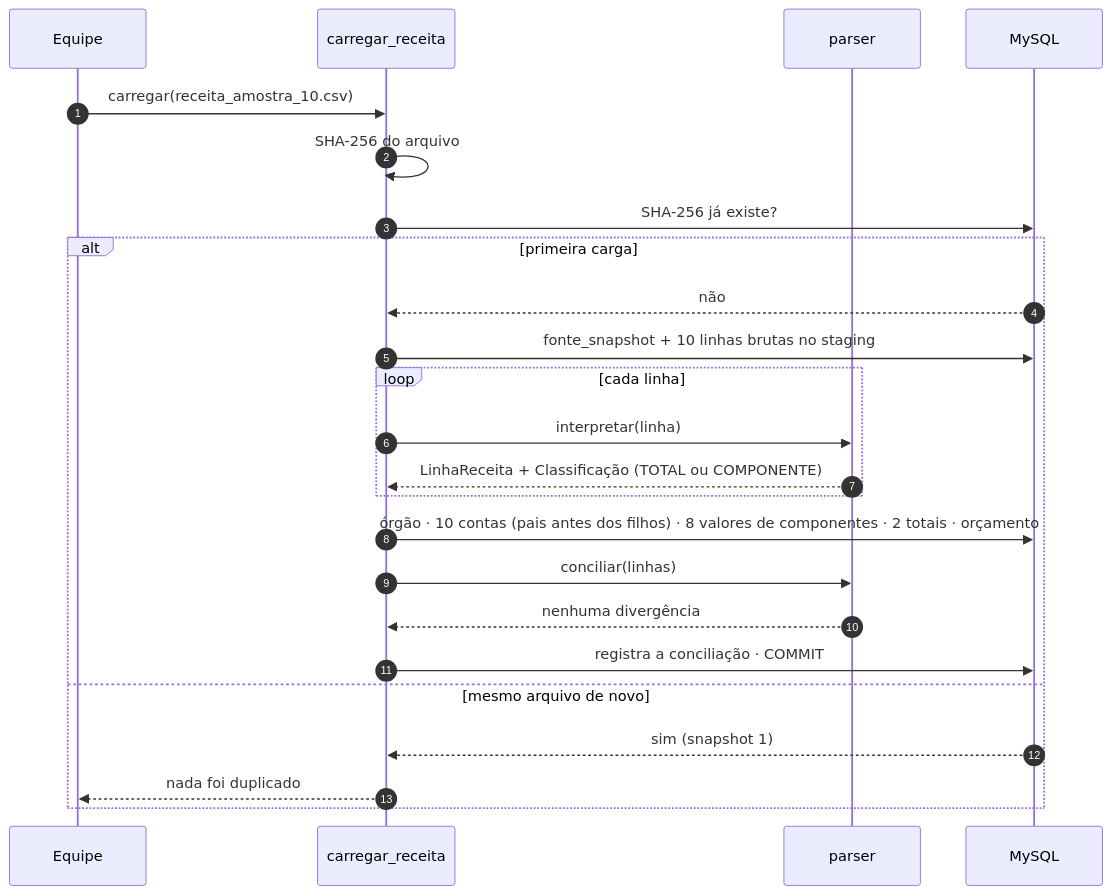
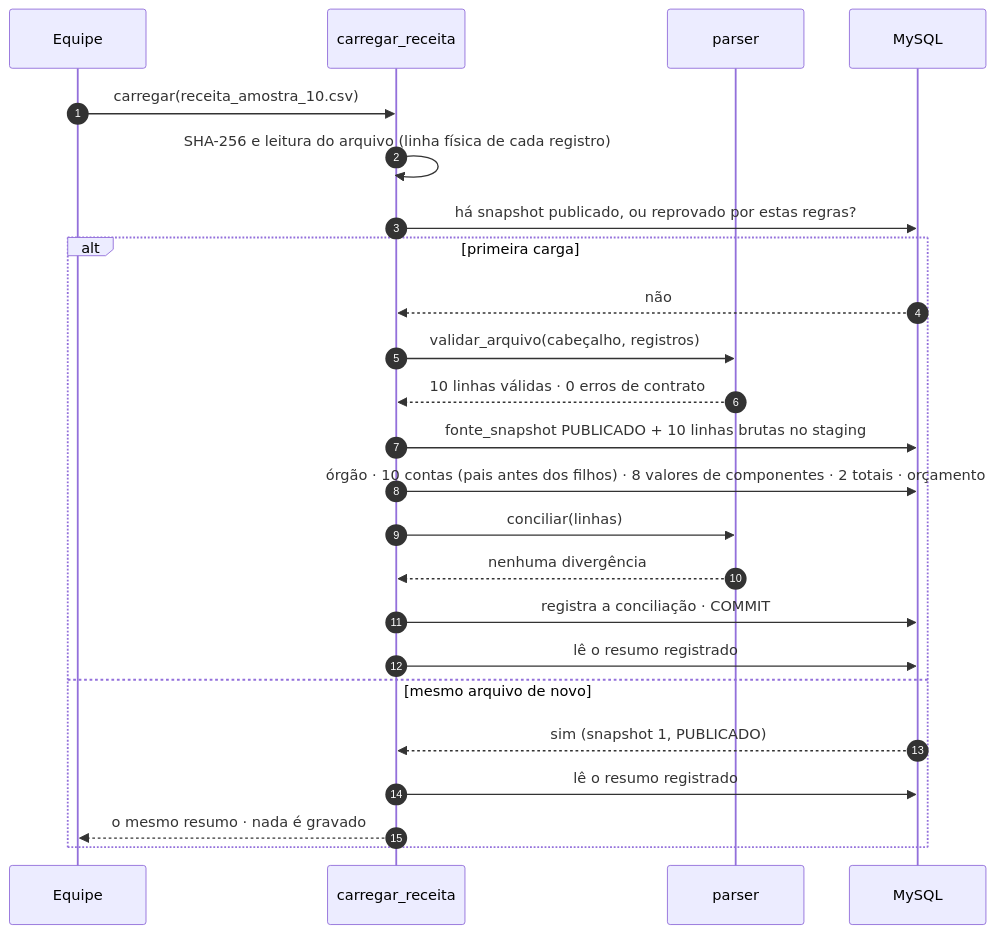
The first of 2 diagrams in docs/parte2/3_populado_dados_reais.md (guilhermercmoraes-tech/PI2_Sprint2-Grupo-1-UFT), drawn with Mermaid before and after one commit. The commit also changed other lines of this file and 23 other files, not shown here.

````diff
--- a/docs/parte2/3_populado_dados_reais.md
+++ b/docs/parte2/3_populado_dados_reais.md
@@ -21,26 +21,26 @@
 ```mermaid
 sequenceDiagram
     autonumber
     participant U as Equipe
     participant C as carregar_receita
     participant P as parser
     participant B as MySQL
     U->>C: carregar(receita_amostra_10.csv)
-    C->>C: SHA-256 do arquivo
-    C->>B: SHA-256 já existe?
+    C->>C: SHA-256 e leitura do arquivo (linha física de cada registro)
+    C->>B: há snapshot publicado, ou reprovado por estas regras?
     alt primeira carga
         B-->>C: não
-        C->>B: fonte_snapshot + 10 linhas brutas no staging
-        loop cada linha
-            C->>P: interpretar(linha)
-            P-->>C: LinhaReceita + Classificação (TOTAL ou COMPONENTE)
-        end
+        C->>P: validar_arquivo(cabeçalho, registros)
+        P-->>C: 10 linhas válidas · 0 erros de contrato
+        C->>B: fonte_snapshot PUBLICADO + 10 linhas brutas no staging
         C->>B: órgão · 10 contas (pais antes dos filhos) · 8 valores de componentes · 2 totais · orçamento
         C->>P: conciliar(linhas)
         P-->>C: nenhuma divergência
         C->>B: registra a conciliação · COMMIT
+        C->>B: lê o resumo registrado
     else mesmo arquivo de novo
-        B-->>C: sim (snapshot 1)
-        C-->>U: nada foi duplicado
+        B-->>C: sim (snapshot 1, PUBLICADO)
+        C->>B: lê o resumo registrado
+        C-->>U: o mesmo resumo · nada é gravado
     end
 ```
````
